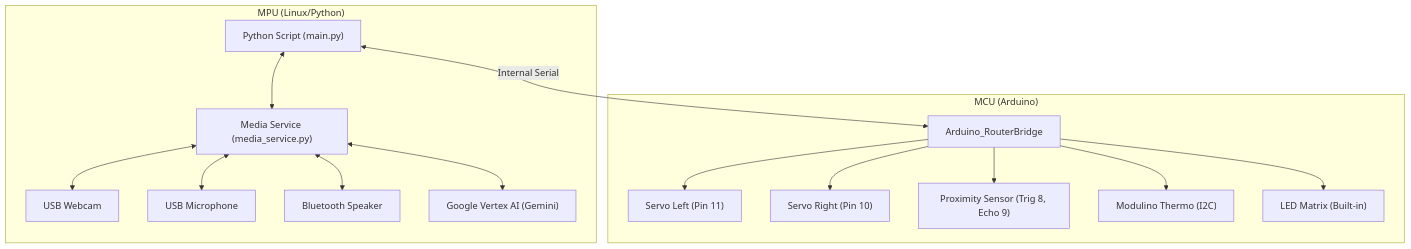
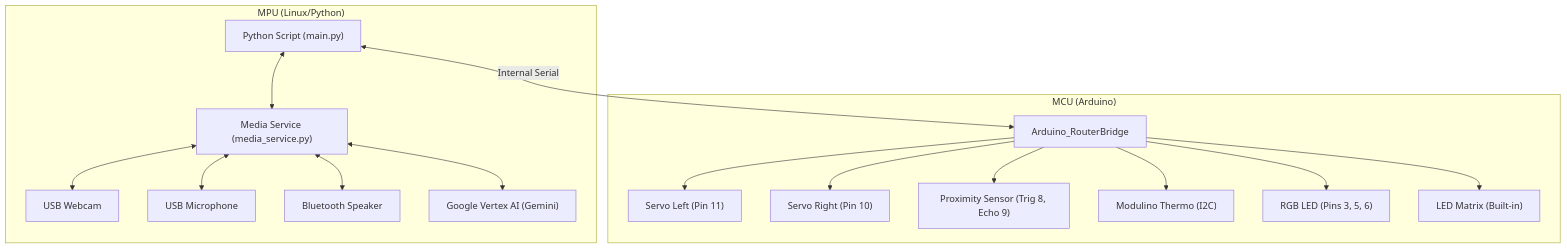
Before and after one commit to msveshnikov/agi-robot: the diagram in README.md, drawn with Mermaid. The commit also changed other lines of this file and 2 other files, not shown here.

````diff
--- a/README.md
+++ b/README.md
@@ -62,32 +100,34 @@
 ```mermaid
 graph TD
     subgraph MPU ["MPU (Linux/Python)"]
         Python["Python Script (main.py)"]
         MediaService["Media Service (media_service.py)"]
         Webcam["USB Webcam"]
         Mic["USB Microphone"]
         Speaker["Bluetooth Speaker"]
 
         Python <--> MediaService
         MediaService <--> Webcam
         MediaService <--> Mic
         MediaService <--> Speaker
         MediaService <--> VertexAI["Google Vertex AI (Gemini)"]
     end
 
     subgraph MCU ["MCU (Arduino)"]
         Bridge["Arduino_RouterBridge"]
         ServoL["Servo Left (Pin 11)"]
         ServoR["Servo Right (Pin 10)"]
         Sensor["Proximity Sensor (Trig 8, Echo 9)"]
         Modulino["Modulino Thermo (I2C)"]
+        RGB["RGB LED (Pins 3, 5, 6)"]
 
         Bridge --> ServoL
         Bridge --> ServoR
         Bridge --> Sensor
         Bridge --> Modulino
         Bridge --> Matrix["LED Matrix (Built-in)"]
+        Bridge --> RGB
     end
 
     Python <-->|Internal Serial| Bridge
 ```
````
